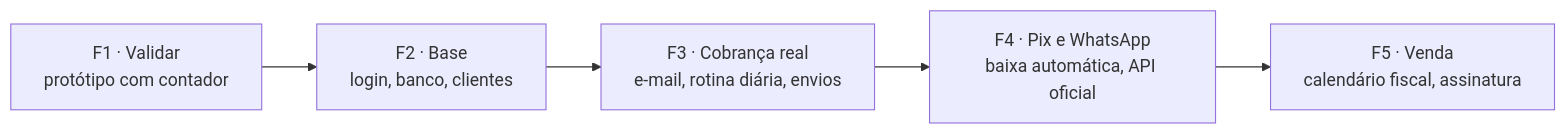
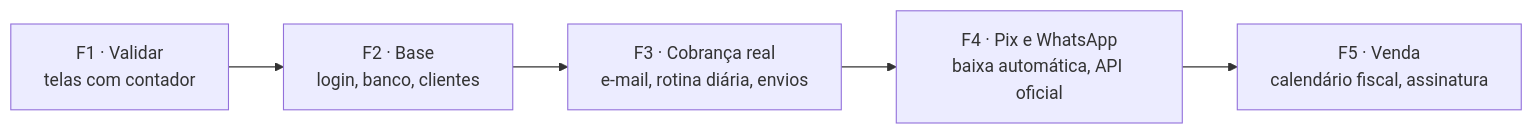
Before and after one commit to 77mdias/neximob: the diagram in docs/PRD.md, drawn with Mermaid. The commit also changed other lines of this file and 22 other files, not shown here.

````diff
--- a/docs/PRD.md
+++ b/docs/PRD.md
@@ -190,7 +188,7 @@
 ```mermaid
 flowchart LR
-    F1["F1 · Validar<br/>protótipo com contador"] --> F2["F2 · Base<br/>login, banco, clientes"]
+    F1["F1 · Validar<br/>telas com contador"] --> F2["F2 · Base<br/>login, banco, clientes"]
     F2 --> F3["F3 · Cobrança real<br/>e-mail, rotina diária, envios"]
     F3 --> F4["F4 · Pix e WhatsApp<br/>baixa automática, API oficial"]
     F4 --> F5["F5 · Venda<br/>calendário fiscal, assinatura"]
 ```
````
